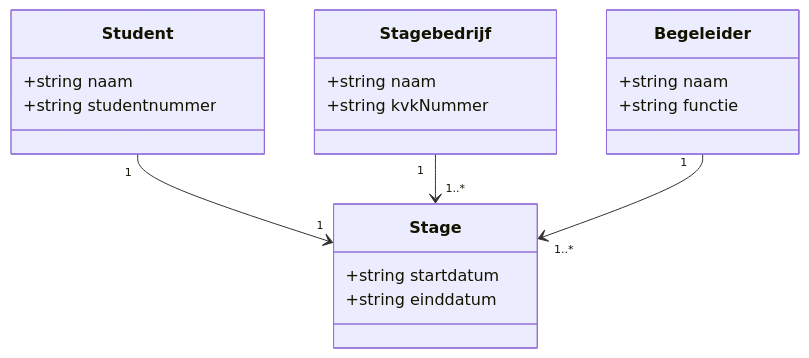
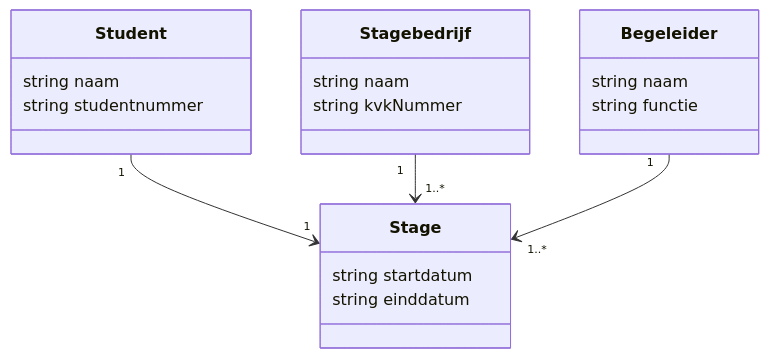
The diagram in content/2. Processen/1. Requirementsanalyseproces/1. Uitleg definiëren probleemdomein.md (Windesheim-HBO-ICT/Leerlijn-Content-SE), drawn with Mermaid before and after one commit. The commit also changed other lines of this file, not shown here.

Commit message:
Feedback verwerkt

````diff
--- a/content/2. Processen/1. Requirementsanalyseproces/1. Uitleg definiëren probleemdomein.md
+++ b/content/2. Processen/1. Requirementsanalyseproces/1. Uitleg definiëren probleemdomein.md
@@ -56,23 +56,23 @@
 ```mermaid
 classDiagram
     class Student {
-        +string naam
-        +string studentnummer
+        string naam
+        string studentnummer
     }
     class Stagebedrijf {
-        +string naam
-        +string kvkNummer
+        string naam
+        string kvkNummer
     }
     class Begeleider {
-        +string naam
-        +string functie
+        string naam
+        string functie
     }
     class Stage {
-        +string startdatum
-        +string einddatum
+        string startdatum
+        string einddatum
     }
 
     Student "1" --> "1" Stage
     Stagebedrijf "1" --> "1..*" Stage
     Begeleider "1" --> "1..*" Stage
 ```
````
